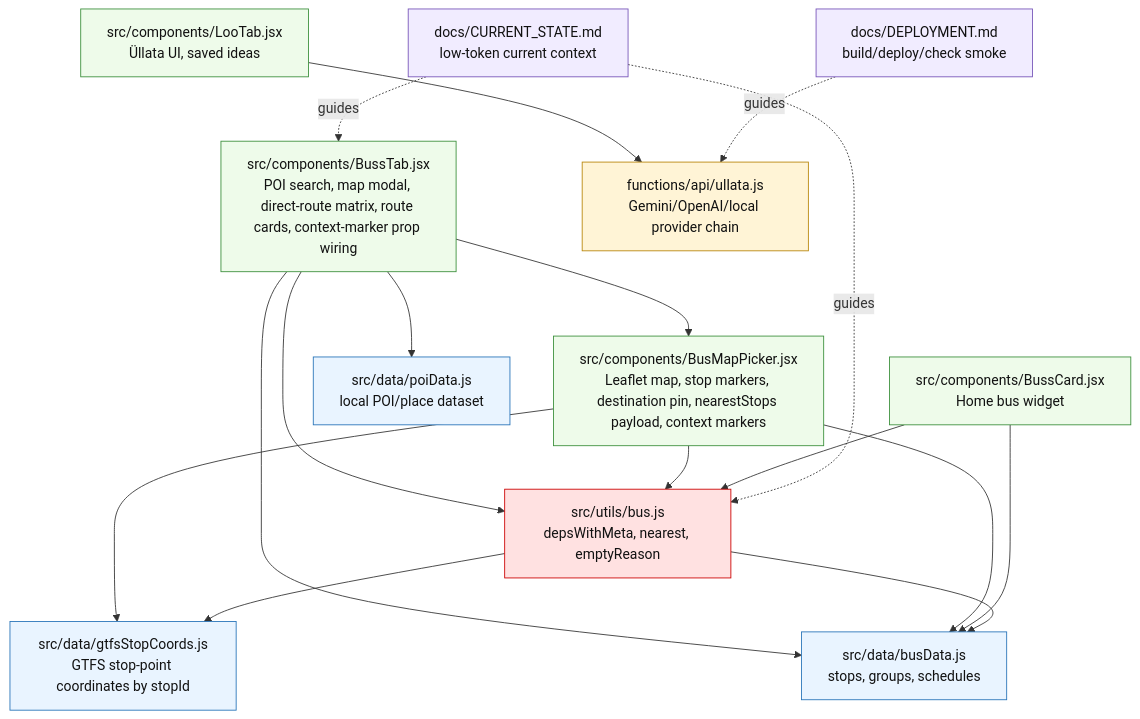
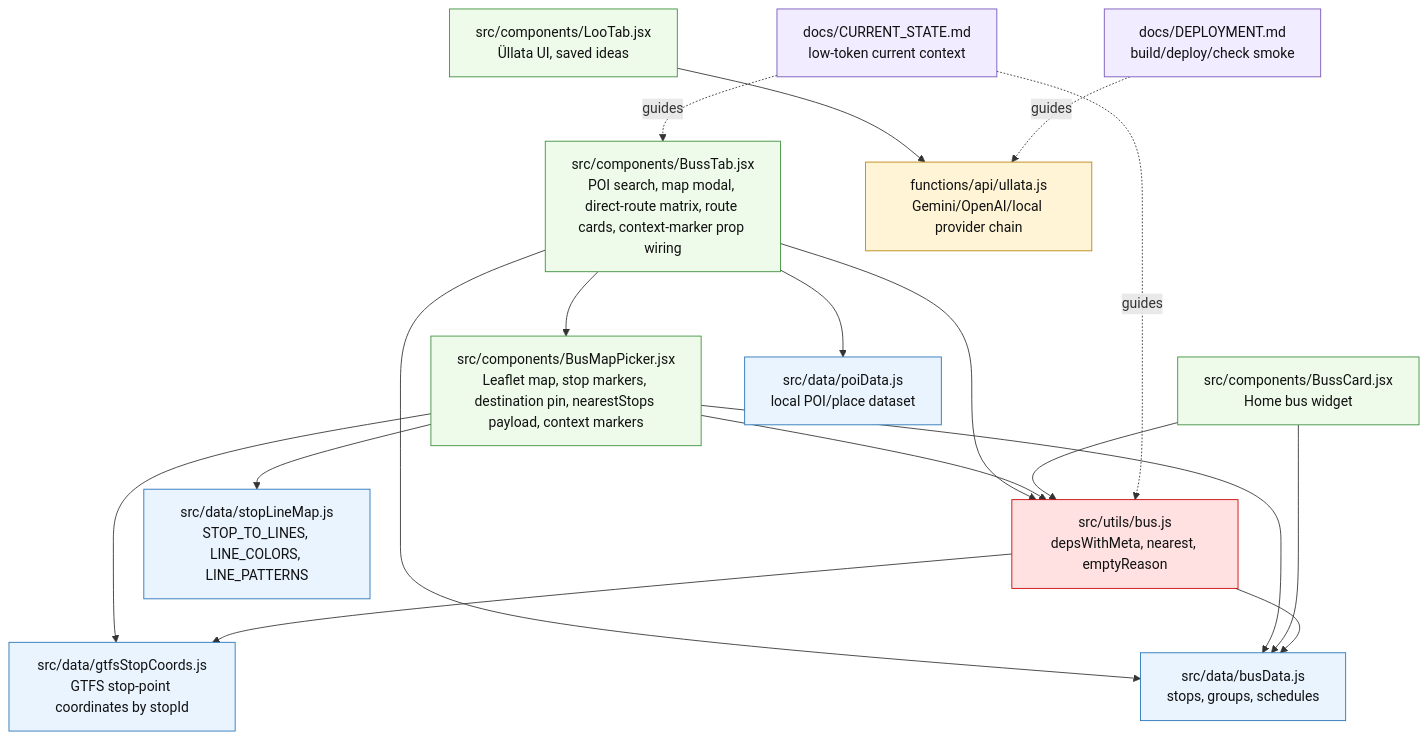
The first of 2 diagrams in docs/CODEBASE_IMPACT_MAP.md (Fuuduuu/AnniVibez), drawn with Mermaid before and after one commit. The commit also changed other lines of this file and 4 other files, not shown here.

Commit message:
docs: refresh map line filter state

````diff
--- a/docs/CODEBASE_IMPACT_MAP.md
+++ b/docs/CODEBASE_IMPACT_MAP.md
@@ -47,48 +49,51 @@
 ```mermaid
 flowchart TD
     BussTab["src/components/BussTab.jsx<br/>POI search, map modal, direct-route matrix, route cards, context-marker prop wiring"]
     BusMapPicker["src/components/BusMapPicker.jsx<br/>Leaflet map, stop markers, destination pin, nearestStops payload, context markers"]
     BussCard["src/components/BussCard.jsx<br/>Home bus widget"]
     BusUtils["src/utils/bus.js<br/>depsWithMeta, nearest, emptyReason"]
     BusData["src/data/busData.js<br/>stops, groups, schedules"]
     GtfsCoords["src/data/gtfsStopCoords.js<br/>GTFS stop-point coordinates by stopId"]
+    StopLineMap["src/data/stopLineMap.js<br/>STOP_TO_LINES, LINE_COLORS, LINE_PATTERNS"]
     PoiData["src/data/poiData.js<br/>local POI/place dataset"]
     LooTab["src/components/LooTab.jsx<br/>Üllata UI, saved ideas"]
     Ullata["functions/api/ullata.js<br/>Gemini/OpenAI/local provider chain"]
     Deploy["docs/DEPLOYMENT.md<br/>build/deploy/check smoke"]
     State["docs/CURRENT_STATE.md<br/>low-token current context"]
 
     BussTab --> BusUtils
     BussTab --> BusMapPicker
     BussTab --> BusData
     BussTab --> PoiData
     BusMapPicker --> BusUtils
     BusMapPicker --> BusData
     BusMapPicker --> GtfsCoords
+    BusMapPicker --> StopLineMap
     BusUtils --> GtfsCoords
     BussCard --> BusUtils
     BussCard --> BusData
     BusUtils --> BusData
     LooTab --> Ullata
     State -. guides .-> BussTab
     State -. guides .-> BusUtils
     Deploy -. guides .-> Ullata
 
     classDef highRisk fill:#ffe1e1,stroke:#cc0000,color:#111;
     classDef data fill:#e9f4ff,stroke:#2673b8,color:#111;
     classDef ui fill:#eefbea,stroke:#3b8f3b,color:#111;
     classDef api fill:#fff4d6,stroke:#b8860b,color:#111;
     classDef docs fill:#f1ecff,stroke:#7654b8,color:#111;
 
     class BusUtils highRisk;
     class BusData data;
     class GtfsCoords data;
+    class StopLineMap data;
     class PoiData data;
     class BussTab ui;
     class BusMapPicker ui;
     class BussCard ui;
     class LooTab ui;
     class Ullata api;
     class Deploy docs;
     class State docs;
 ```
````
